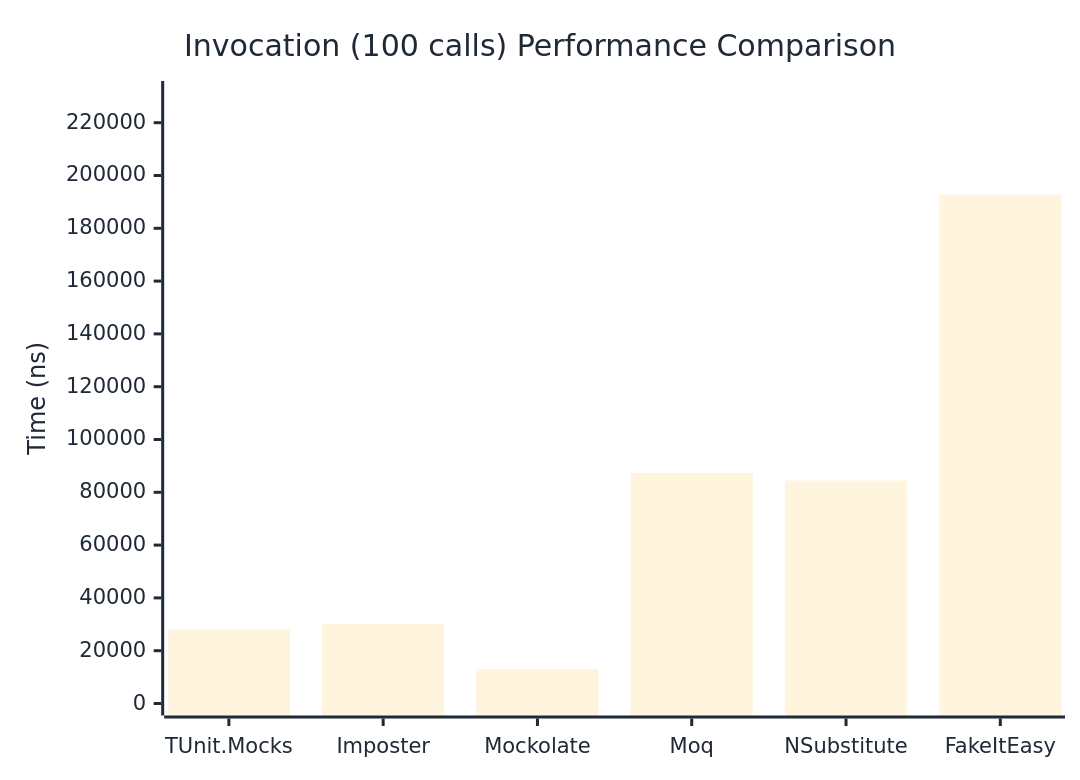
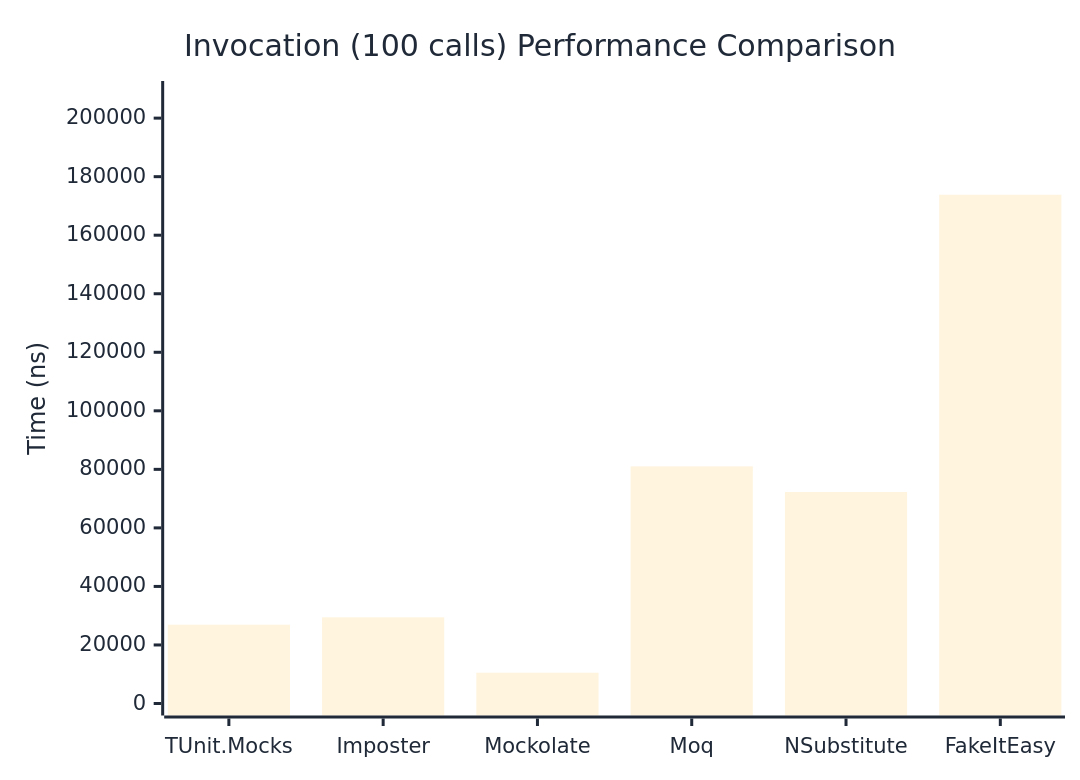
Before and after one commit to thomhurst/TUnit: the third of 3 diagrams in docs/docs/benchmarks/mocks/Invocation.md, drawn with Mermaid. The commit also changed other lines of this file and 14 other files, not shown here.

````diff
--- a/docs/docs/benchmarks/mocks/Invocation.md
+++ b/docs/docs/benchmarks/mocks/Invocation.md
@@ -112,27 +112,27 @@
 ```mermaid
 %%{init: {
   'theme':'base',
   'themeVariables': {
     'primaryColor': '#2563eb',
     'primaryTextColor': '#1f2937',
     'primaryBorderColor': '#1e40af',
     'lineColor': '#6b7280',
     'secondaryColor': '#7c3aed',
     'tertiaryColor': '#dc2626',
     'background': '#ffffff',
     'pie1': '#2563eb',
     'pie2': '#7c3aed',
     'pie3': '#dc2626',
     'pie4': '#f59e0b',
     'pie5': '#10b981',
     'pie6': '#06b6d4',
     'pie7': '#ec4899',
     'pie8': '#6366f1'
   }
 }}%%
 xychart-beta
   title "Invocation (100 calls) Performance Comparison"
   x-axis ["TUnit.Mocks", "Imposter", "Mockolate", "Moq", "NSubstitute", "FakeItEasy"]
-  y-axis "Time (ns)" 0 --> 231247
-  bar [27935.7, 30228, 13100.4, 87322.3, 84457.3, 192705.8]
+  y-axis "Time (ns)" 0 --> 208586
+  bar [26926.5, 29441.08, 10511.18, 81016.02, 72247.48, 173821.18]
 ```
````
